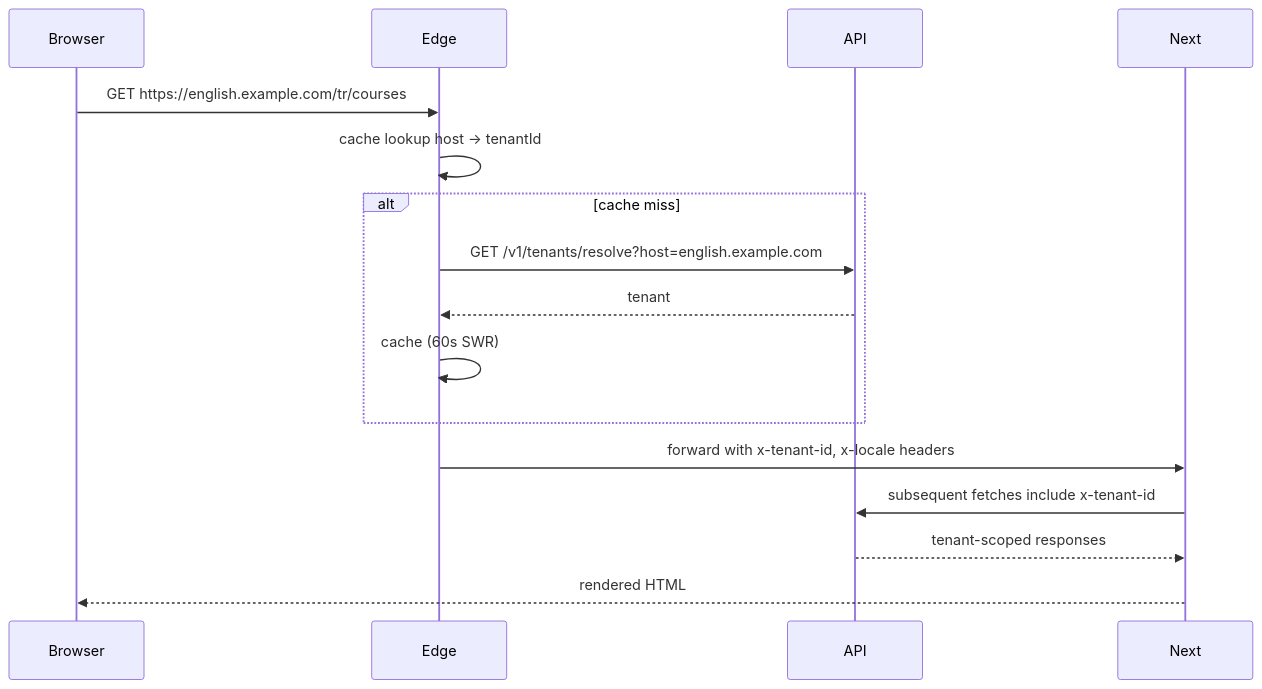
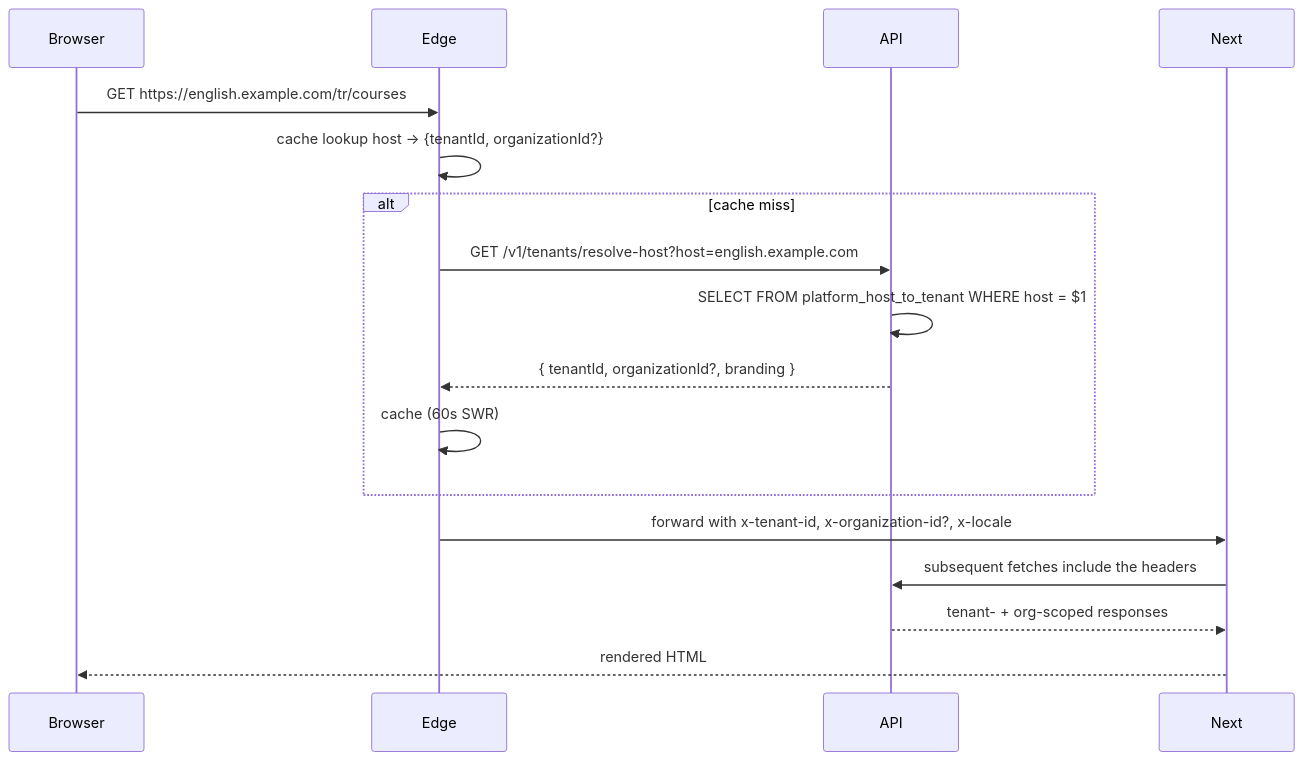
Before and after one commit to HodeTech/LearnStack: the diagram in docs/architecture/14-frontend-architecture.md, drawn with Mermaid. The commit also changed other lines of this file and 77 other files, not shown here.

````diff
--- a/docs/architecture/14-frontend-architecture.md
+++ b/docs/architecture/14-frontend-architecture.md
@@ -80,14 +114,15 @@
 ```mermaid
 sequenceDiagram
     Browser->>Edge: GET https://english.example.com/tr/courses
-    Edge->>Edge: cache lookup host -> tenantId
+    Edge->>Edge: cache lookup host -> {tenantId, organizationId?}
     alt cache miss
-        Edge->>API: GET /v1/tenants/resolve?host=english.example.com
-        API-->>Edge: tenant
+        Edge->>API: GET /v1/tenants/resolve-host?host=english.example.com
+        API->>API: SELECT FROM platform_host_to_tenant WHERE host = $1
+        API-->>Edge: { tenantId, organizationId?, branding }
         Edge->>Edge: cache (60s SWR)
     end
-    Edge->>Next: forward with x-tenant-id, x-locale headers
-    Next->>API: subsequent fetches include x-tenant-id
-    API-->>Next: tenant-scoped responses
+    Edge->>Next: forward with x-tenant-id, x-organization-id?, x-locale
+    Next->>API: subsequent fetches include the headers
+    API-->>Next: tenant- + org-scoped responses
     Next-->>Browser: rendered HTML
 ```
````
